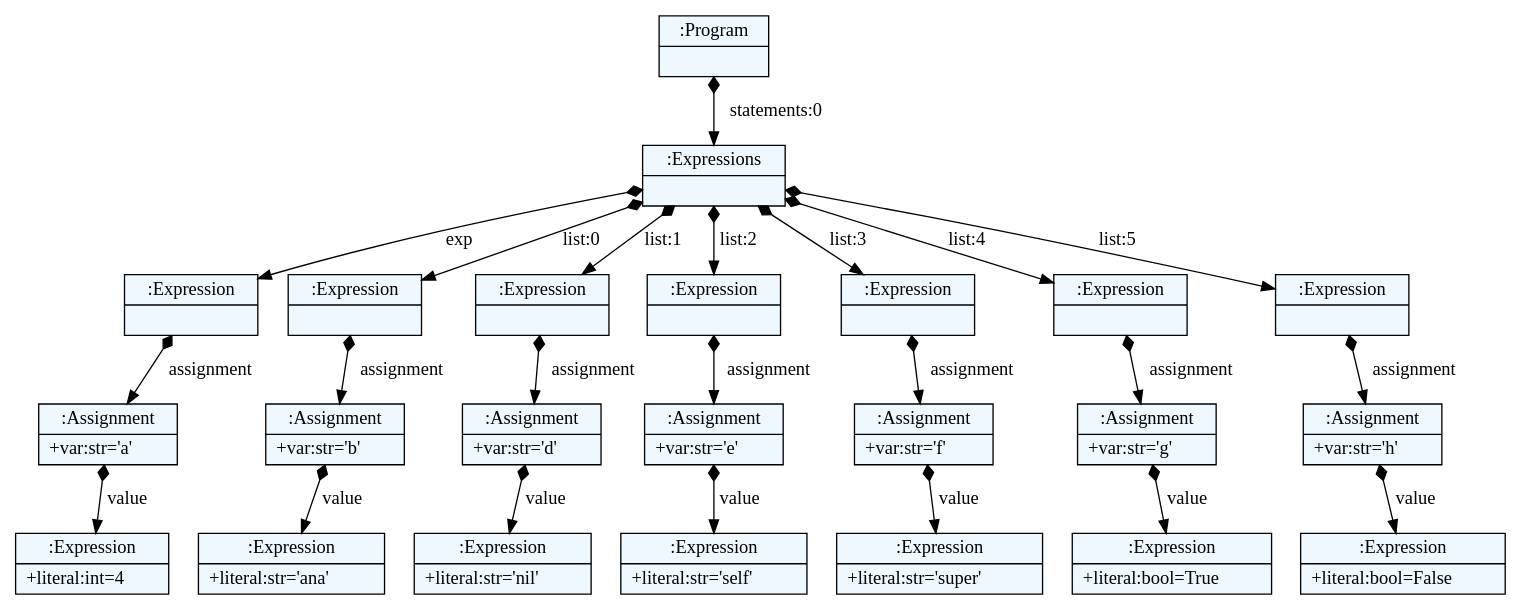
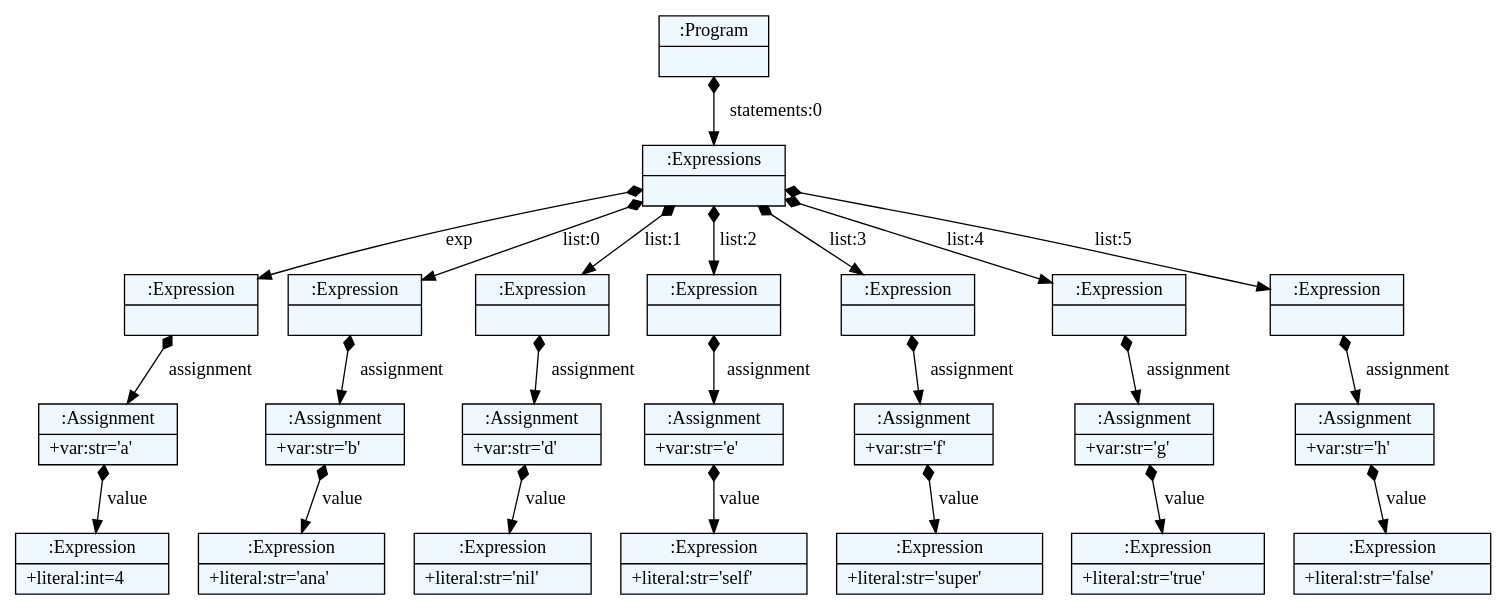
One commit to spcnz/smalltalk-parser changed the diagram in parser/dot/assignment_without_msg.dot. Above: the diagram before and after it, drawn with Graphviz. The commit also changed 25 other files, not shown here.

```diff
--- a/parser/dot/assignment_without_msg.dot
+++ b/parser/dot/assignment_without_msg.dot
@@ -1,60 +1,60 @@
 
     digraph textX {
     fontname = "Bitstream Vera Sans"
     fontsize = 8
     node[
         shape=record,
         style=filled,
         fillcolor=aliceblue
     ]
     nodesep = 0.3
     edge[dir=black,arrowtail=empty]
 
 
-1565906477184 -> 1565906877352 [label="statements:0" arrowtail=diamond dir=both]
-1565906877352 -> 1565906876680 [label="exp" arrowtail=diamond dir=both]
-1565906876680 -> 1565906876232 [label="assignment" arrowtail=diamond dir=both]
-1565906876232 -> 1565906877464 [label="value" arrowtail=diamond dir=both]
-1565906877464[label="{:Expression|+literal:int=4\l}"]
-1565906876232[label="{:Assignment|+var:str='a'\l}"]
-1565906876680[label="{:Expression|}"]
-1565906877352 -> 1565906876568 [label="list:0" arrowtail=diamond dir=both]
-1565906876568 -> 1565906874440 [label="assignment" arrowtail=diamond dir=both]
-1565906874440 -> 1565906947040 [label="value" arrowtail=diamond dir=both]
-1565906947040[label="{:Expression|+literal:str='ana'\l}"]
-1565906874440[label="{:Assignment|+var:str='b'\l}"]
-1565906876568[label="{:Expression|}"]
-1565906877352 -> 1565906876288 [label="list:1" arrowtail=diamond dir=both]
-1565906876288 -> 1565906804688 [label="assignment" arrowtail=diamond dir=both]
-1565906804688 -> 1565906944576 [label="value" arrowtail=diamond dir=both]
-1565906944576[label="{:Expression|+literal:str='nil'\l}"]
-1565906804688[label="{:Assignment|+var:str='d'\l}"]
-1565906876288[label="{:Expression|}"]
-1565906877352 -> 1565906874664 [label="list:2" arrowtail=diamond dir=both]
-1565906874664 -> 1565906945024 [label="assignment" arrowtail=diamond dir=both]
-1565906945024 -> 1565906944464 [label="value" arrowtail=diamond dir=both]
-1565906944464[label="{:Expression|+literal:str='self'\l}"]
-1565906945024[label="{:Assignment|+var:str='e'\l}"]
-1565906874664[label="{:Expression|}"]
-1565906877352 -> 1565906874608 [label="list:3" arrowtail=diamond dir=both]
-1565906874608 -> 1565906944520 [label="assignment" arrowtail=diamond dir=both]
-1565906944520 -> 1565906993224 [label="value" arrowtail=diamond dir=both]
-1565906993224[label="{:Expression|+literal:str='super'\l}"]
-1565906944520[label="{:Assignment|+var:str='f'\l}"]
-1565906874608[label="{:Expression|}"]
-1565906877352 -> 1565906945080 [label="list:4" arrowtail=diamond dir=both]
-1565906945080 -> 1565906993280 [label="assignment" arrowtail=diamond dir=both]
-1565906993280 -> 1565906993728 [label="value" arrowtail=diamond dir=both]
-1565906993728[label="{:Expression|+literal:bool=True\l}"]
-1565906993280[label="{:Assignment|+var:str='g'\l}"]
-1565906945080[label="{:Expression|}"]
-1565906877352 -> 1565906944688 [label="list:5" arrowtail=diamond dir=both]
-1565906944688 -> 1565906993672 [label="assignment" arrowtail=diamond dir=both]
-1565906993672 -> 1565906993952 [label="value" arrowtail=diamond dir=both]
-1565906993952[label="{:Expression|+literal:bool=False\l}"]
-1565906993672[label="{:Assignment|+var:str='h'\l}"]
-1565906944688[label="{:Expression|}"]
-1565906877352[label="{:Expressions|}"]
-1565906477184[label="{:Program|}"]
+2161846297040 -> 2161846785976 [label="statements:0" arrowtail=diamond dir=both]
+2161846785976 -> 2161846785864 [label="exp" arrowtail=diamond dir=both]
+2161846785864 -> 2161846784688 [label="assignment" arrowtail=diamond dir=both]
+2161846784688 -> 2161846787208 [label="value" arrowtail=diamond dir=both]
+2161846787208[label="{:Expression|+literal:int=4\l}"]
+2161846784688[label="{:Assignment|+var:str='a'\l}"]
+2161846785864[label="{:Expression|}"]
+2161846785976 -> 2161846785808 [label="list:0" arrowtail=diamond dir=both]
+2161846785808 -> 2161846787320 [label="assignment" arrowtail=diamond dir=both]
+2161846787320 -> 2161848202856 [label="value" arrowtail=diamond dir=both]
+2161848202856[label="{:Expression|+literal:str='ana'\l}"]
+2161846787320[label="{:Assignment|+var:str='b'\l}"]
+2161846785808[label="{:Expression|}"]
+2161846785976 -> 2161846785640 [label="list:1" arrowtail=diamond dir=both]
+2161846785640 -> 2161848202240 [label="assignment" arrowtail=diamond dir=both]
+2161848202240 -> 2161848204032 [label="value" arrowtail=diamond dir=both]
+2161848204032[label="{:Expression|+literal:str='nil'\l}"]
+2161848202240[label="{:Assignment|+var:str='d'\l}"]
+2161846785640[label="{:Expression|}"]
+2161846785976 -> 2161846784464 [label="list:2" arrowtail=diamond dir=both]
+2161846784464 -> 2161848203864 [label="assignment" arrowtail=diamond dir=both]
+2161848203864 -> 2161848204144 [label="value" arrowtail=diamond dir=both]
+2161848204144[label="{:Expression|+literal:str='self'\l}"]
+2161848203864[label="{:Assignment|+var:str='e'\l}"]
+2161846784464[label="{:Expression|}"]
+2161846785976 -> 2161846786368 [label="list:3" arrowtail=diamond dir=both]
+2161846786368 -> 2161848204088 [label="assignment" arrowtail=diamond dir=both]
+2161848204088 -> 2161848204312 [label="value" arrowtail=diamond dir=both]
+2161848204312[label="{:Expression|+literal:str='super'\l}"]
+2161848204088[label="{:Assignment|+var:str='f'\l}"]
+2161846786368[label="{:Expression|}"]
+2161846785976 -> 2161848203808 [label="list:4" arrowtail=diamond dir=both]
+2161848203808 -> 2161848204256 [label="assignment" arrowtail=diamond dir=both]
+2161848204256 -> 2161848204480 [label="value" arrowtail=diamond dir=both]
+2161848204480[label="{:Expression|+literal:str='true'\l}"]
+2161848204256[label="{:Assignment|+var:str='g'\l}"]
+2161848203808[label="{:Expression|}"]
+2161846785976 -> 2161848203976 [label="list:5" arrowtail=diamond dir=both]
+2161848203976 -> 2161848204424 [label="assignment" arrowtail=diamond dir=both]
+2161848204424 -> 2161848204648 [label="value" arrowtail=diamond dir=both]
+2161848204648[label="{:Expression|+literal:str='false'\l}"]
+2161848204424[label="{:Assignment|+var:str='h'\l}"]
+2161848203976[label="{:Expression|}"]
+2161846785976[label="{:Expressions|}"]
+2161846297040[label="{:Program|}"]
 
 }
```
